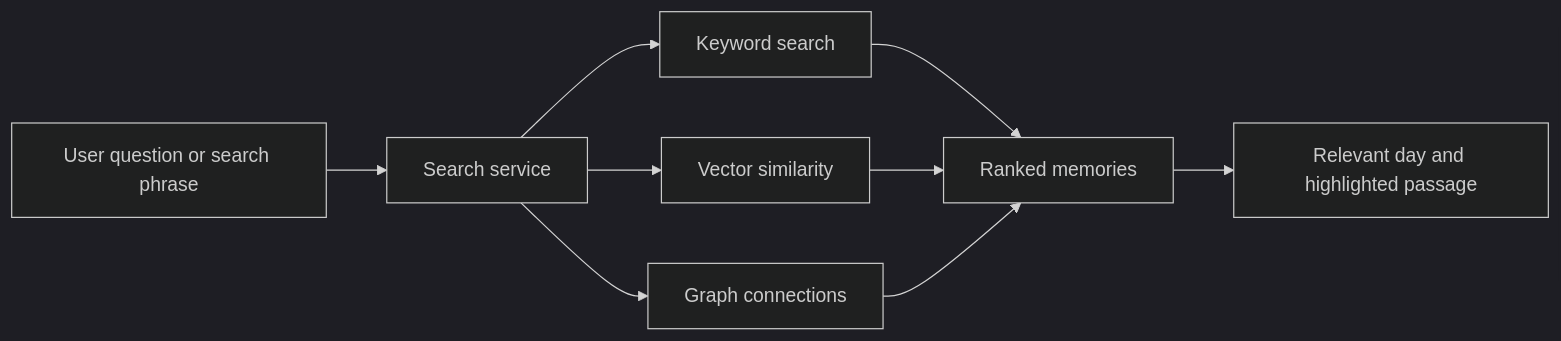
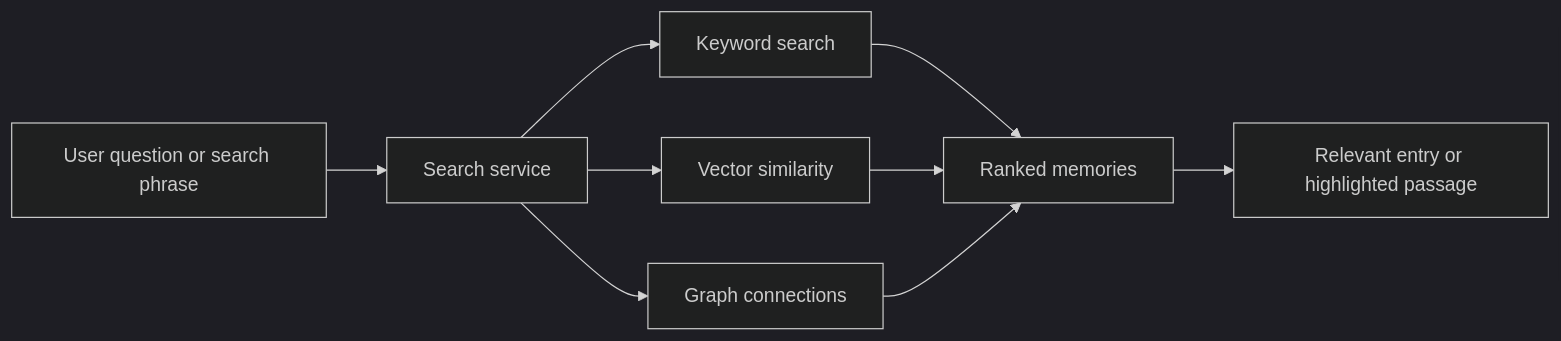
Before and after one commit to adityavarmachandika/aham-docs: the first of 2 diagrams in canvas/architecture/memory-search.md, drawn with Mermaid (dark theme). The commit also changed other lines of this file and 5 other files, not shown here.

````diff
--- a/canvas/architecture/memory-search.md
+++ b/canvas/architecture/memory-search.md
@@ -5,11 +5,11 @@
 ```mermaid
 flowchart LR
     Q[User question or search phrase] --> S[Search service]
     S --> K[Keyword search]
     S --> V[Vector similarity]
     S --> G[Graph connections]
     K --> R[Ranked memories]
     V --> R
     G --> R
-    R --> H[Relevant day and highlighted passage]
+    R --> H[Relevant entry or highlighted passage]
 ```
````
